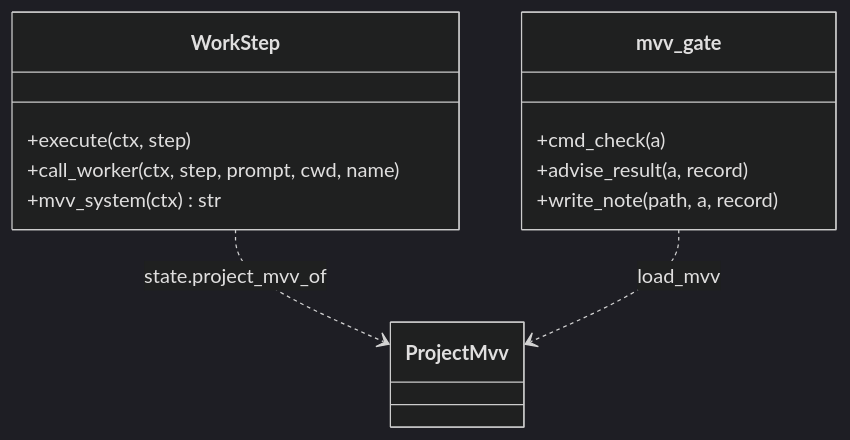
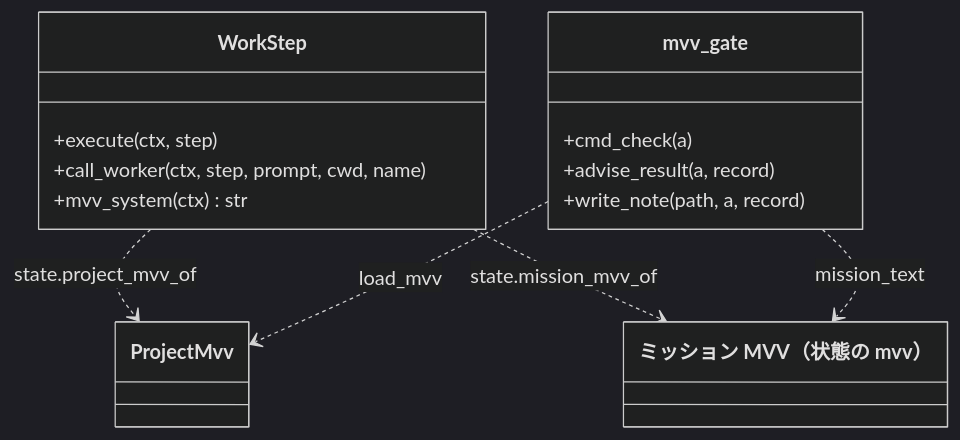
Before and after one commit to devbasex/ai-plugins: the third of 6 diagrams in issues/issue-1400-design.md, drawn with Mermaid (dark theme). The commit also changed other lines of this file and 1 other file, not shown here.

First line of the commit message:
Docs: #1400 ミッションが特定できるときはミッション MVV も判断の地点へ渡す

````diff
--- a/issues/issue-1400-design.md
+++ b/issues/issue-1400-design.md
@@ -204,16 +233,19 @@
 ```mermaid
 classDiagram
     class WorkStep {
         +execute(ctx, step)
         +call_worker(ctx, step, prompt, cwd, name)
         +mvv_system(ctx) str
     }
     class mvv_gate {
         +cmd_check(a)
         +advise_result(a, record)
         +write_note(path, a, record)
     }
     class ProjectMvv
+    class MissionMvv["ミッション MVV（状態の mvv）"]
     WorkStep ..> ProjectMvv : state.project_mvv_of
+    WorkStep ..> MissionMvv : state.mission_mvv_of
     mvv_gate ..> ProjectMvv : load_mvv
+    mvv_gate ..> MissionMvv : mission_text
 ```
````
